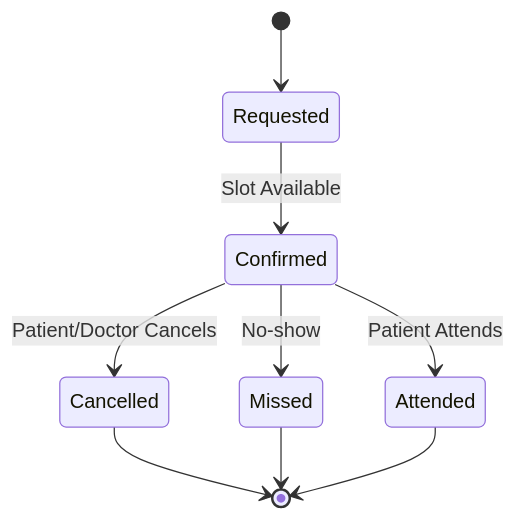
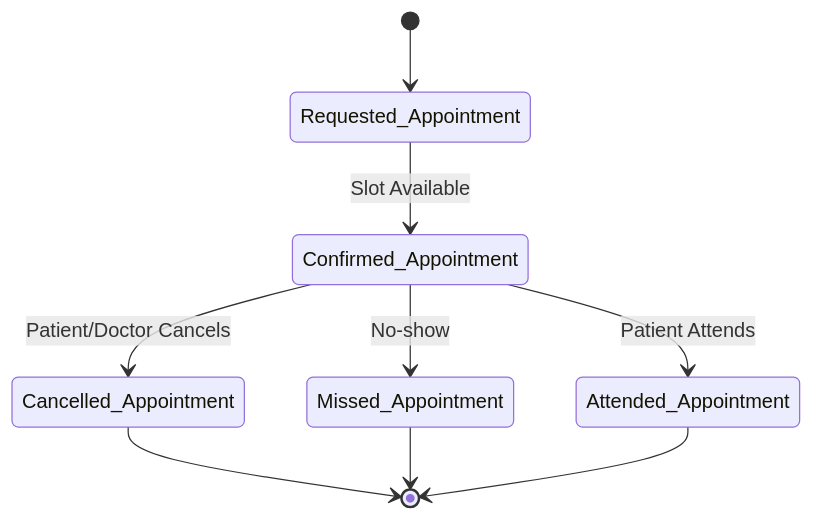
Before and after one commit to glory-kasongo-03/Doctor_appointment_booking_system: the third of 8 diagrams in State Transition Diagrams.md, drawn with Mermaid. The commit also changed other lines of this file, not shown here.

Commit message:
Updated State Transition Diagrams.md

````diff
--- a/State Transition Diagrams.md
+++ b/State Transition Diagrams.md
@@ -27,11 +27,12 @@
 ```mermaid
 stateDiagram-v2
-    [*] --> Requested
-    Requested --> Confirmed : Slot Available
-    Confirmed --> Attended : Patient Attends
-    Confirmed --> Missed : No-show
-    Confirmed --> Cancelled : Patient/Doctor Cancels
-    Cancelled --> [*]
-    Missed --> [*]
-    Attended --> [*]
+    %% Initial state
+    [*] --> Requested_Appointment
+    Requested_Appointment --> Confirmed_Appointment : Slot Available
+    Confirmed_Appointment --> Attended_Appointment : Patient Attends
+    Confirmed_Appointment --> Missed_Appointment : No-show
+    Confirmed_Appointment --> Cancelled_Appointment : Patient/Doctor Cancels
+    Cancelled_Appointment --> [*]
+    Missed_Appointment --> [*]
+    Attended_Appointment --> [*]
 ```
````
